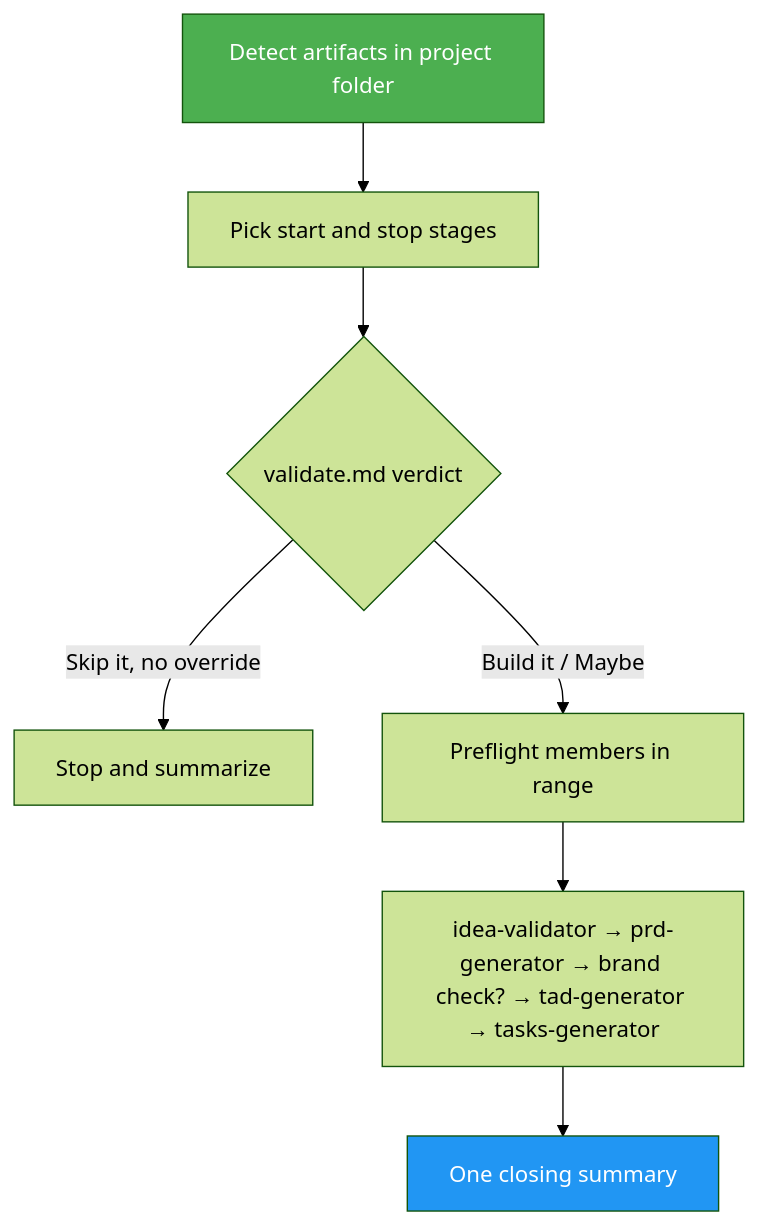
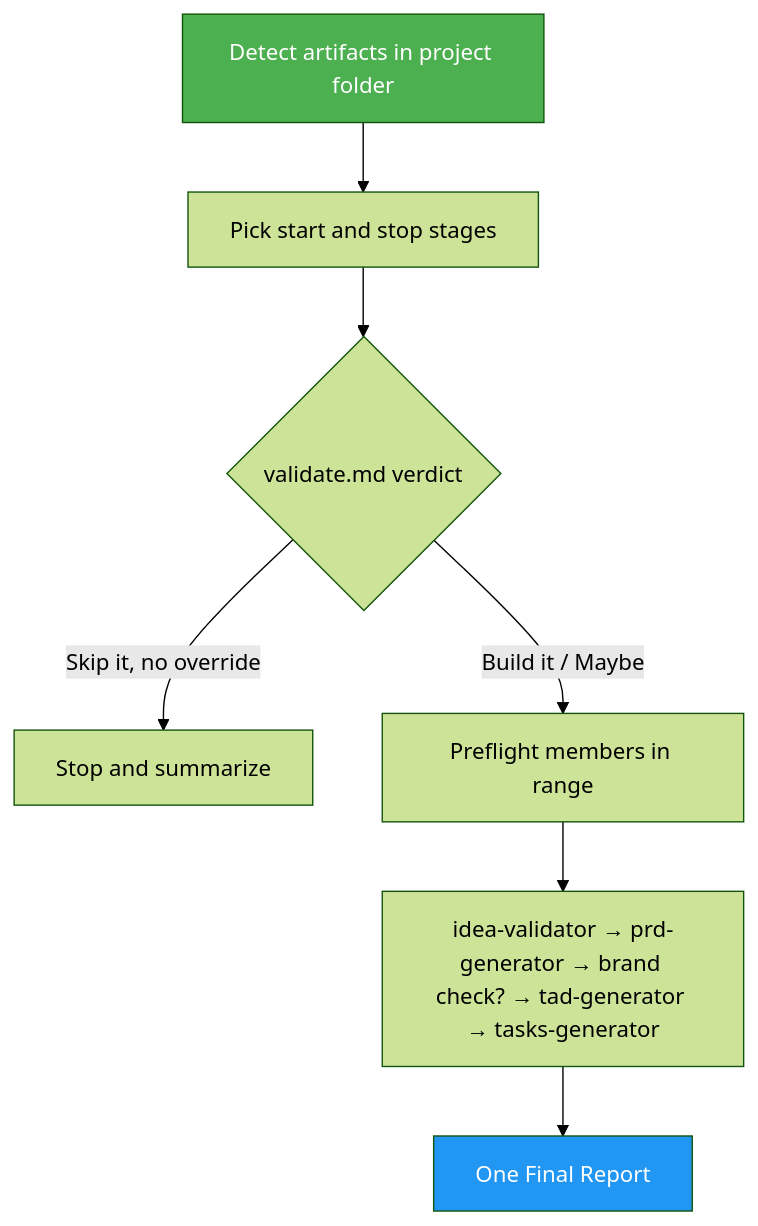
The diagram in skills/product-planner/docs/README.md (luongnv89/skills), drawn with Mermaid (forest theme) before and after one commit. The commit also changed other lines of this file and 8 other files, not shown here.

````diff
--- a/skills/product-planner/docs/README.md
+++ b/skills/product-planner/docs/README.md
@@ -35,11 +35,11 @@
 ```mermaid
 graph TD
     A[Detect artifacts in project folder] --> B[Pick start and stop stages]
     B --> C{validate.md verdict}
     C -- Skip it, no override --> S[Stop and summarize]
     C -- Build it / Maybe --> D[Preflight members in range]
     D --> E[idea-validator → prd-generator → brand check? → tad-generator → tasks-generator]
-    E --> F[One closing summary]
+    E --> F[One Final Report]
     style A fill:#4CAF50,color:#fff
     style F fill:#2196F3,color:#fff
 ```
````
